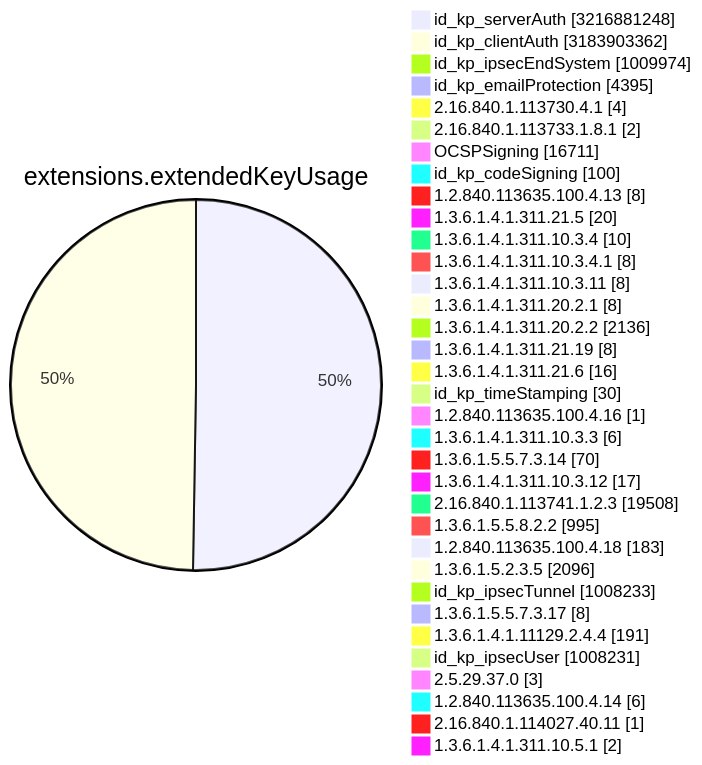
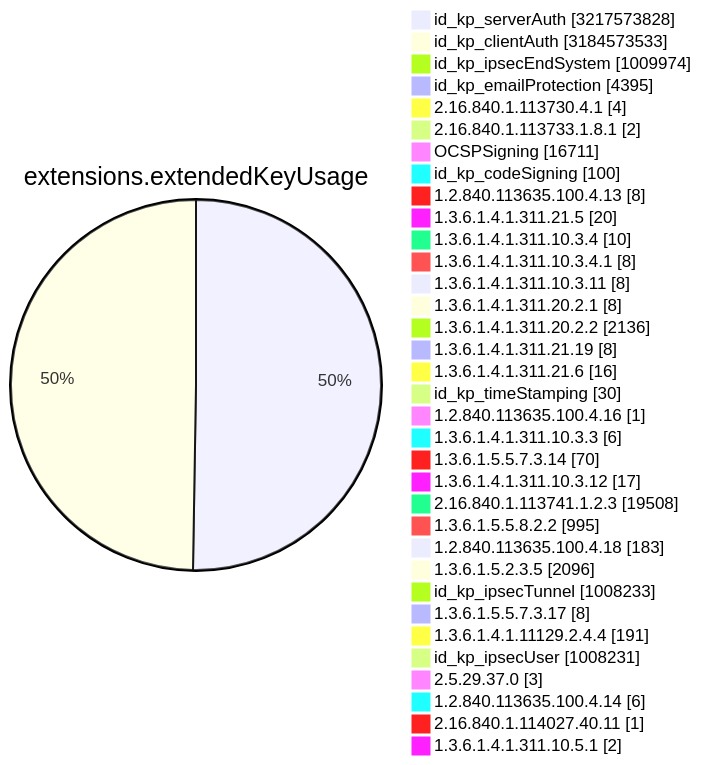
One commit to christiankrug/ctmonitor_visualization changed diagram 11 of 15 in TOTAL/README.md. Above: the diagram before and after it, drawn with Mermaid. The commit also changed other lines of this file, not shown here.

````diff
--- a/TOTAL/README.md
+++ b/TOTAL/README.md
@@ -4119,38 +4119,38 @@
 ```mermaid
 pie showData
 title extensions.extendedKeyUsage
-"id_kp_serverAuth" :3216881248
-"id_kp_clientAuth" :3183903362
+"id_kp_serverAuth" :3217573828
+"id_kp_clientAuth" :3184573533
 "id_kp_ipsecEndSystem" :1009974
 "id_kp_emailProtection" :4395
 "2.16.840.1.113730.4.1" :4
 "2.16.840.1.113733.1.8.1" :2
 "OCSPSigning" :16711
 "id_kp_codeSigning" :100
 "1.2.840.113635.100.4.13" :8
 "1.3.6.1.4.1.311.21.5" :20
 "1.3.6.1.4.1.311.10.3.4" :10
 "1.3.6.1.4.1.311.10.3.4.1" :8
 "1.3.6.1.4.1.311.10.3.11" :8
 "1.3.6.1.4.1.311.20.2.1" :8
 "1.3.6.1.4.1.311.20.2.2" :2136
 "1.3.6.1.4.1.311.21.19" :8
 "1.3.6.1.4.1.311.21.6" :16
 "id_kp_timeStamping" :30
 "1.2.840.113635.100.4.16" :1
 "1.3.6.1.4.1.311.10.3.3" :6
 "1.3.6.1.5.5.7.3.14" :70
 "1.3.6.1.4.1.311.10.3.12" :17
 "2.16.840.1.113741.1.2.3" :19508
 "1.3.6.1.5.5.8.2.2" :995
 "1.2.840.113635.100.4.18" :183
 "1.3.6.1.5.2.3.5" :2096
 "id_kp_ipsecTunnel" :1008233
 "1.3.6.1.5.5.7.3.17" :8
 "1.3.6.1.4.1.11129.2.4.4" :191
 "id_kp_ipsecUser" :1008231
 "2.5.29.37.0" :3
 "1.2.840.113635.100.4.14" :6
 "2.16.840.1.114027.40.11" :1
 "1.3.6.1.4.1.311.10.5.1" :2
 ```
````
